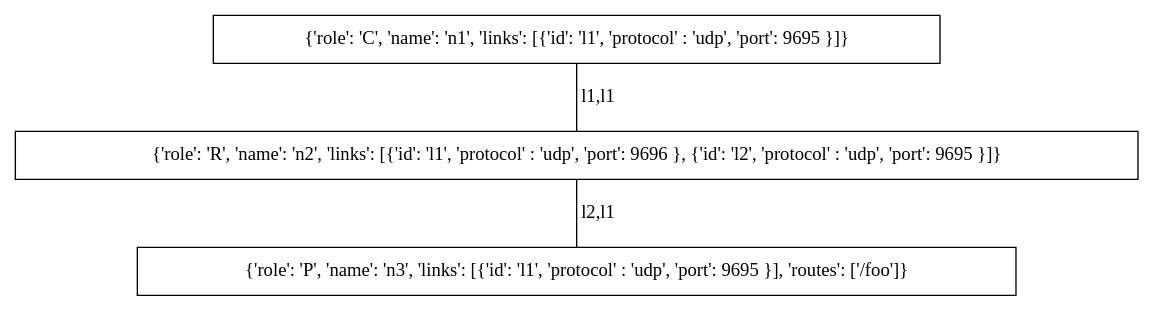
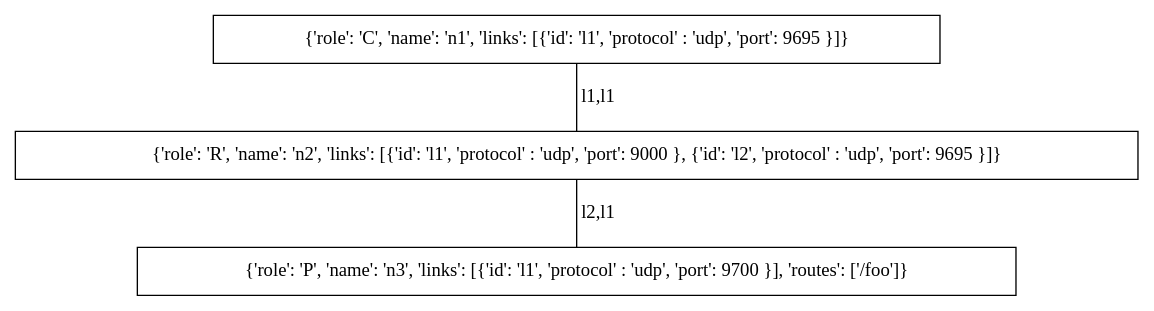
Before and after one commit to chris-wood/ccnx-topogen: the diagram in ccnx_topogen/test.dot, drawn with Graphviz. The commit also changed 1 other file, not shown here.

```diff
--- a/ccnx_topogen/test.dot
+++ b/ccnx_topogen/test.dot
@@ -1,7 +1,7 @@
 graph path {
     n1 [shape=box, label="{'role': 'C', 'name': 'n1', 'links': [{'id': 'l1', 'protocol' : 'udp', 'port': 9695 }]}"]
-    n2 [shape=box, label="{'role': 'R', 'name': 'n2', 'links': [{'id': 'l1', 'protocol' : 'udp', 'port': 9696 }, {'id': 'l2', 'protocol' : 'udp', 'port': 9695 }]}"]
-    n3 [shape=box, label="{'role': 'P', 'name': 'n3', 'links': [{'id': 'l1', 'protocol' : 'udp', 'port': 9695 }], 'routes': ['/foo']}"]
+    n2 [shape=box, label="{'role': 'R', 'name': 'n2', 'links': [{'id': 'l1', 'protocol' : 'udp', 'port': 9000 }, {'id': 'l2', 'protocol' : 'udp', 'port': 9695 }]}"]
+    n3 [shape=box, label="{'role': 'P', 'name': 'n3', 'links': [{'id': 'l1', 'protocol' : 'udp', 'port': 9700 }], 'routes': ['/foo']}"]
     n1 -- n2 [label="l1,l1"]
     n2 -- n3 [label="l2,l1"]
 }
```
